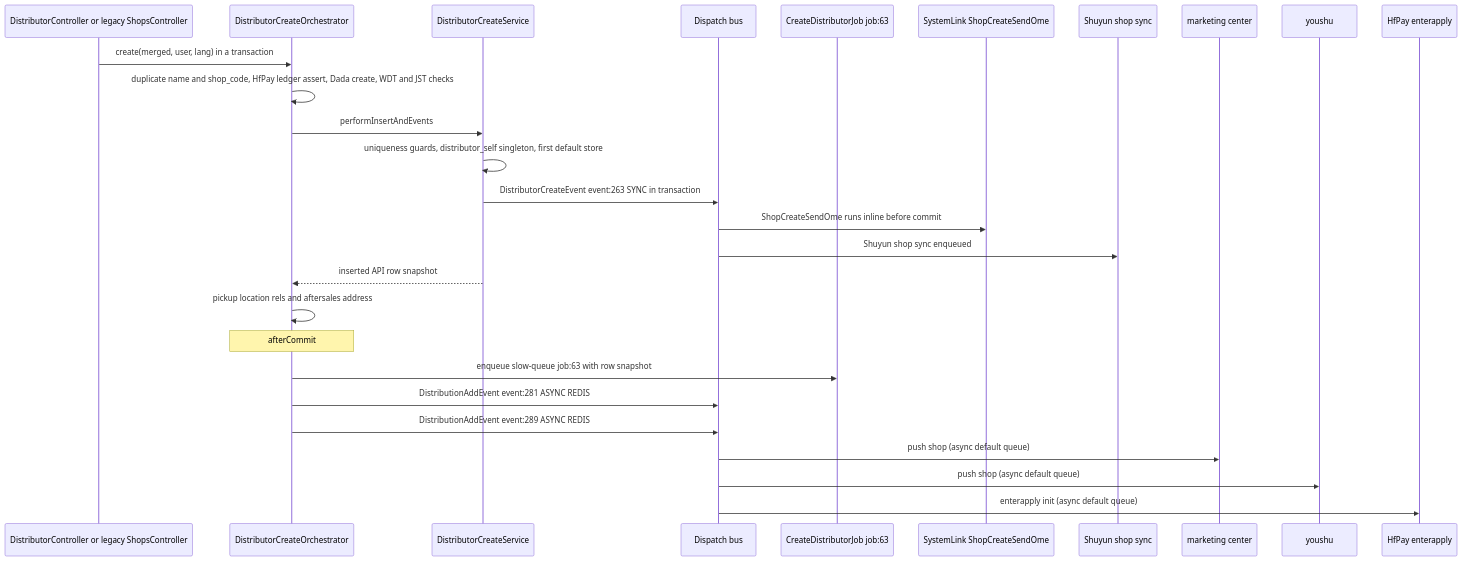
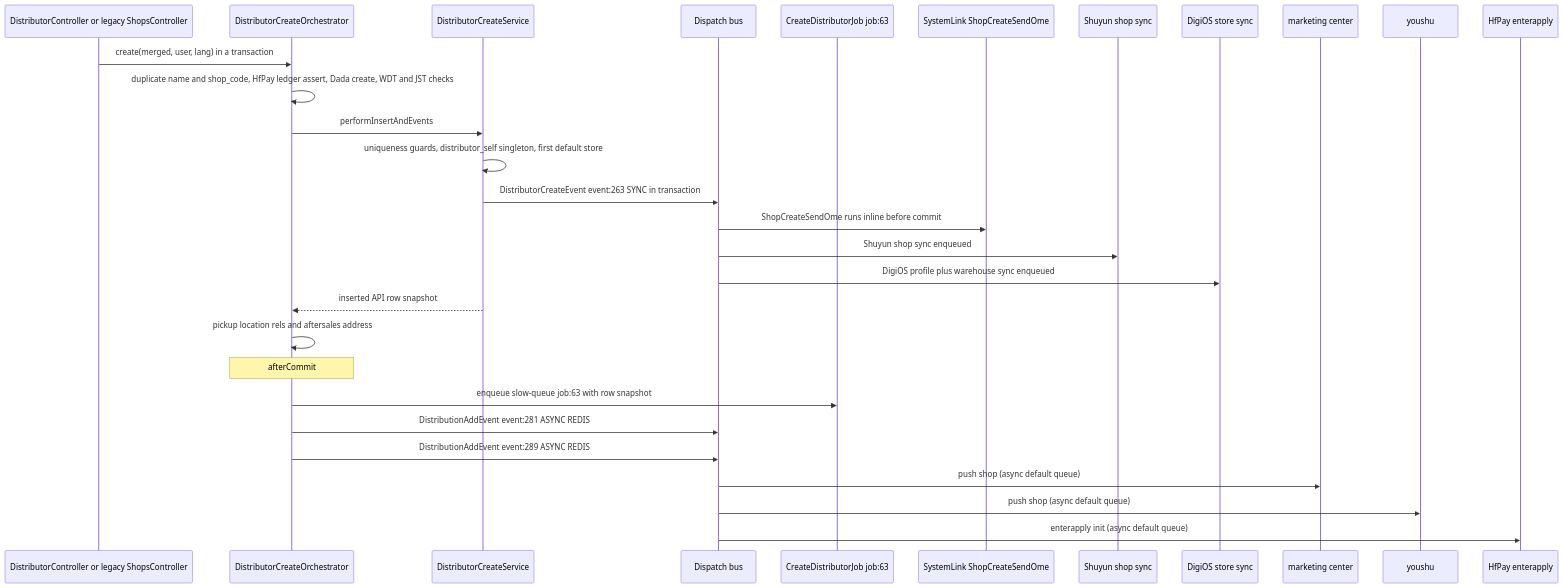
One commit to ShopeX/ECShopX-Java changed the first of 3 diagrams in openwiki/domains/stores-and-merchants.md. Above: the diagram before and after it, drawn with Mermaid. The commit also changed other lines of this file and 321 other files, not shown here.

````diff
--- a/openwiki/domains/stores-and-merchants.md
+++ b/openwiki/domains/stores-and-merchants.md
@@ -201,30 +262,32 @@
 ```mermaid
 sequenceDiagram
     participant C as DistributorController or legacy ShopsController
     participant ORCH as DistributorCreateOrchestrator
     participant SVC as DistributorCreateService
     participant BUS as Dispatch bus
     participant JOB as CreateDistributorJob job:63
     participant OME as SystemLink ShopCreateSendOme
     participant SY as Shuyun shop sync
+    participant DGY as DigiOS store sync
     participant MC as marketing center
     participant YS as youshu
     participant HF as HfPay enterapply
 
     C->>ORCH: create(merged, user, lang) in a transaction
     ORCH->>ORCH: duplicate name and shop_code, HfPay ledger assert, Dada create, WDT and JST checks
     ORCH->>SVC: performInsertAndEvents
     SVC->>SVC: uniqueness guards, distributor_self singleton, first default store
     SVC->>BUS: DistributorCreateEvent event:263 SYNC in transaction
     BUS->>OME: ShopCreateSendOme runs inline before commit
     BUS->>SY: Shuyun shop sync enqueued
+    BUS->>DGY: DigiOS profile plus warehouse sync enqueued
     SVC-->>ORCH: inserted API row snapshot
     ORCH->>ORCH: pickup location rels and aftersales address
     Note over ORCH: afterCommit
     ORCH->>JOB: enqueue slow-queue job:63 with row snapshot
     ORCH->>BUS: DistributionAddEvent event:281 ASYNC REDIS
     ORCH->>BUS: DistributionAddEvent event:289 ASYNC REDIS
     BUS->>MC: push shop (async default queue)
     BUS->>YS: push shop (async default queue)
     BUS->>HF: enterapply init (async default queue)
 ```
````
